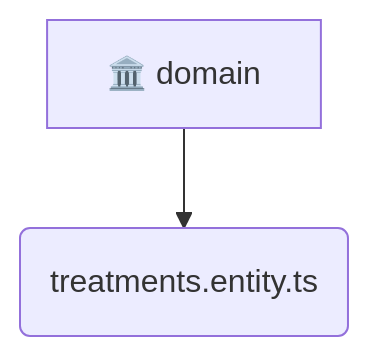
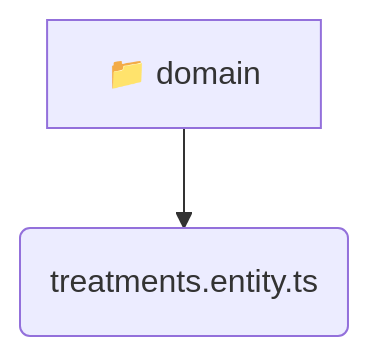
Before and after one commit to beginwebdev2002/fullstack-mavluda: the diagram in backend/src/modules/treatments/domain/README.md, drawn with Mermaid. The commit also changed other lines of this file and 155 other files, not shown here.

````diff
--- a/backend/src/modules/treatments/domain/README.md
+++ b/backend/src/modules/treatments/domain/README.md
@@ -9,5 +9,5 @@
 ```mermaid
 graph TD
-  domain[🏛️ domain]
-  domain --> treatments_entity_ts(treatments.entity.ts)
+  domain[📁 domain]
+  domain --> domain_treatments_entity_ts(treatments.entity.ts)
 ```
````
